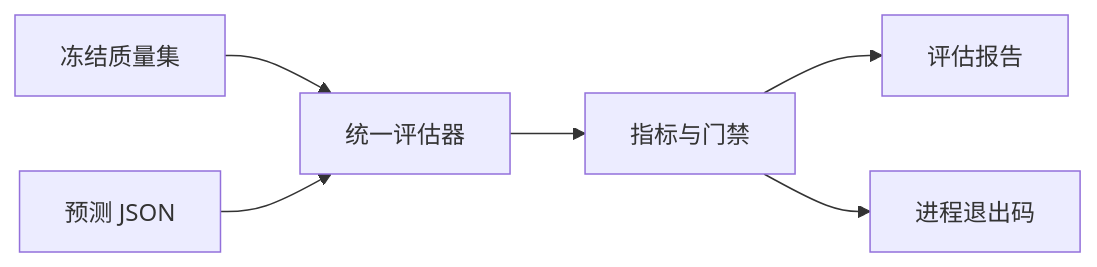
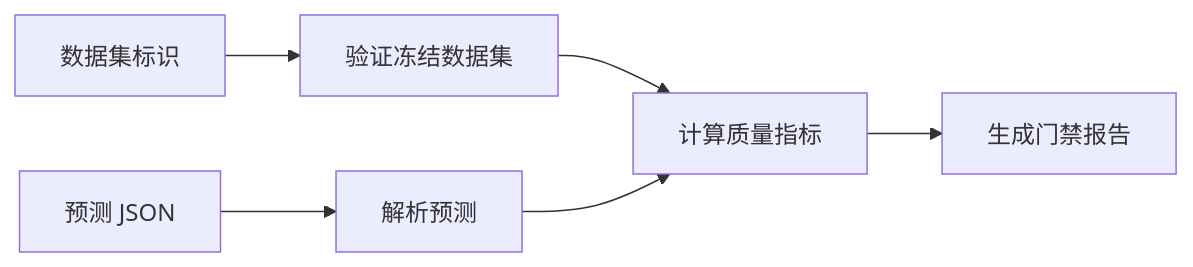
One commit to lejunyang/omem changed the diagram in .repo-review/knowledge/articles/d653773b149e27637a3760c8d4e2f8b39ea031520f0a1d102f05b3a1ce8b944b.md. Above: the diagram before and after it, drawn with Mermaid. The commit also changed other lines of this file and 233 other files, not shown here.

````diff
--- a/.repo-review/knowledge/articles/d653773b149e27637a3760c8d4e2f8b39ea031520f0a1d102f05b3a1ce8b944b.md
+++ b/.repo-review/knowledge/articles/d653773b149e27637a3760c8d4e2f8b39ea031520f0a1d102f05b3a1ce8b944b.md
@@ -21,8 +17,8 @@
 ```mermaid
 flowchart LR
-  A[冻结质量集] --> C[统一评估器]
-  B[预测 JSON] --> C
-  C --> D[指标与门禁]
-  D --> E[评估报告]
-  D --> F[进程退出码]
+  A[数据集标识] --> C[验证冻结数据集]
+  B[预测 JSON] --> D[解析预测]
+  C --> E[计算质量指标]
+  D --> E
+  E --> F[生成门禁报告]
 ```
````
